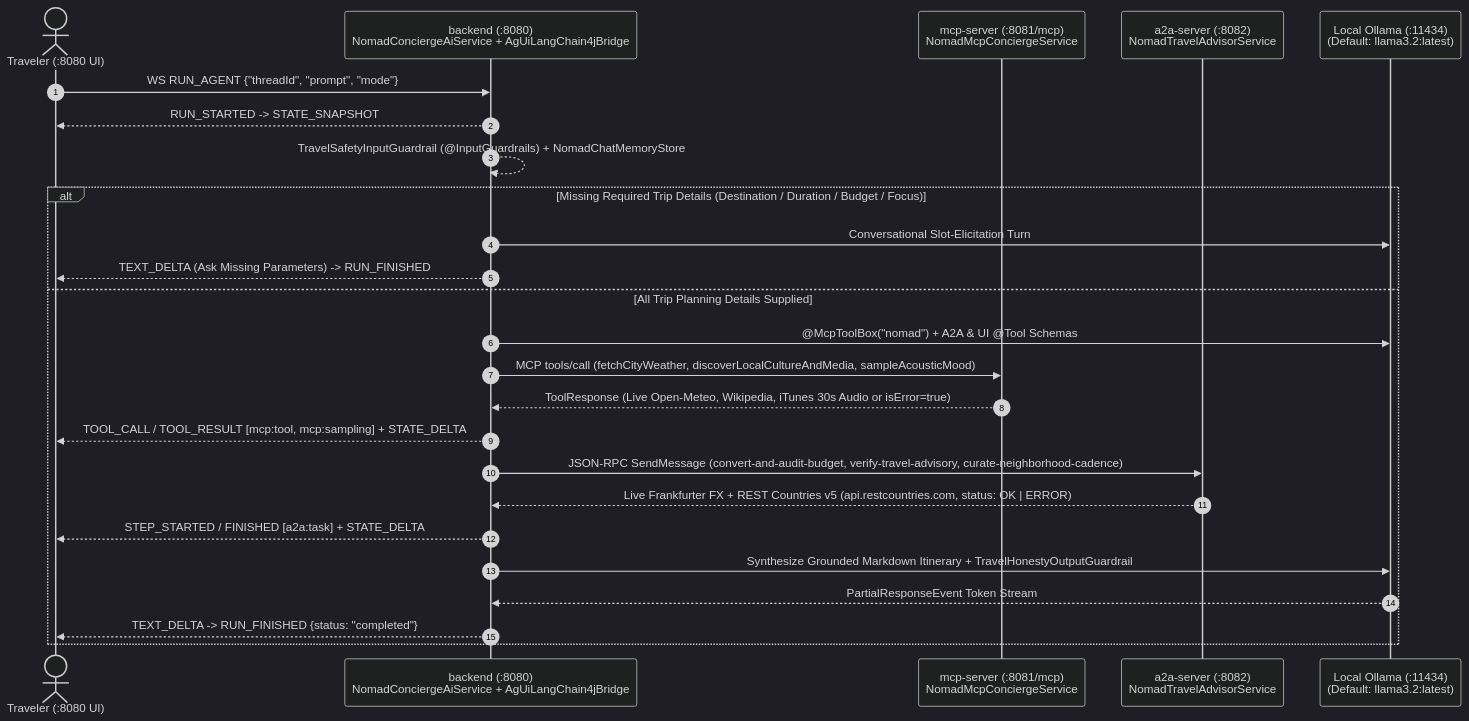
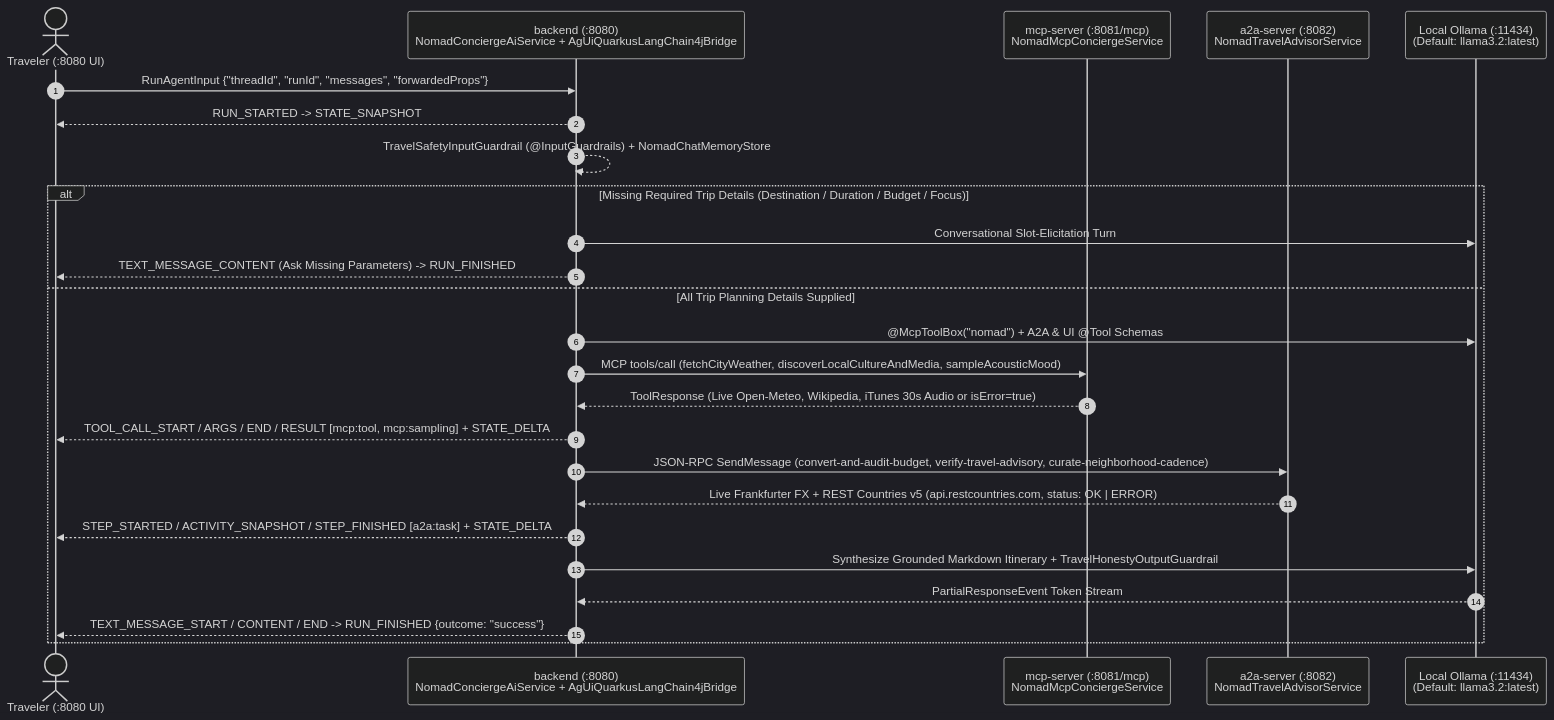
Before and after one commit to fmatar/quarkus-agui: the second of 2 diagrams in examples/quarkus-svelte-skeleton/README.md, drawn with Mermaid (dark theme). The commit also changed other lines of this file and 64 other files, not shown here.

````diff
--- a/examples/quarkus-svelte-skeleton/README.md
+++ b/examples/quarkus-svelte-skeleton/README.md
@@ -84,28 +84,28 @@
 ```mermaid
 sequenceDiagram
     autonumber
     actor Traveler as Traveler (:8080 UI)
-    participant Orch as backend (:8080)<br/>NomadConciergeAiService + AgUiLangChain4jBridge
+    participant Orch as backend (:8080)<br/>NomadConciergeAiService + AgUiQuarkusLangChain4jBridge
     participant MCP as mcp-server (:8081/mcp)<br/>NomadMcpConciergeService
     participant A2A as a2a-server (:8082)<br/>NomadTravelAdvisorService
     participant LLM as Local Ollama (:11434)<br/>(Default: llama3.2:latest)
 
-    Traveler->>Orch: WS RUN_AGENT {"threadId", "prompt", "mode"}
+    Traveler->>Orch: RunAgentInput {"threadId", "runId", "messages", "forwardedProps"}
     Orch-->>Traveler: RUN_STARTED -> STATE_SNAPSHOT
     Orch-->>Orch: TravelSafetyInputGuardrail (@InputGuardrails) + NomadChatMemoryStore
     alt Missing Required Trip Details (Destination / Duration / Budget / Focus)
         Orch->>LLM: Conversational Slot-Elicitation Turn
-        Orch-->>Traveler: TEXT_DELTA (Ask Missing Parameters) -> RUN_FINISHED
+        Orch-->>Traveler: TEXT_MESSAGE_CONTENT (Ask Missing Parameters) -> RUN_FINISHED
     else All Trip Planning Details Supplied
         Orch->>LLM: @McpToolBox("nomad") + A2A & UI @Tool Schemas
         Orch->>MCP: MCP tools/call (fetchCityWeather, discoverLocalCultureAndMedia, sampleAcousticMood)
         MCP-->>Orch: ToolResponse (Live Open-Meteo, Wikipedia, iTunes 30s Audio or isError=true)
-        Orch-->>Traveler: TOOL_CALL / TOOL_RESULT [mcp:tool, mcp:sampling] + STATE_DELTA
+        Orch-->>Traveler: TOOL_CALL_START / ARGS / END / RESULT [mcp:tool, mcp:sampling] + STATE_DELTA
         Orch->>A2A: JSON-RPC SendMessage (convert-and-audit-budget, verify-travel-advisory, curate-neighborhood-cadence)
         A2A-->>Orch: Live Frankfurter FX + REST Countries v5 (api.restcountries.com, status: OK | ERROR)
-        Orch-->>Traveler: STEP_STARTED / FINISHED [a2a:task] + STATE_DELTA
+        Orch-->>Traveler: STEP_STARTED / ACTIVITY_SNAPSHOT / STEP_FINISHED [a2a:task] + STATE_DELTA
         Orch->>LLM: Synthesize Grounded Markdown Itinerary + TravelHonestyOutputGuardrail
         LLM-->>Orch: PartialResponseEvent Token Stream
-        Orch-->>Traveler: TEXT_DELTA -> RUN_FINISHED {status: "completed"}
+        Orch-->>Traveler: TEXT_MESSAGE_START / CONTENT / END -> RUN_FINISHED {outcome: "success"}
     end
 ```
````
